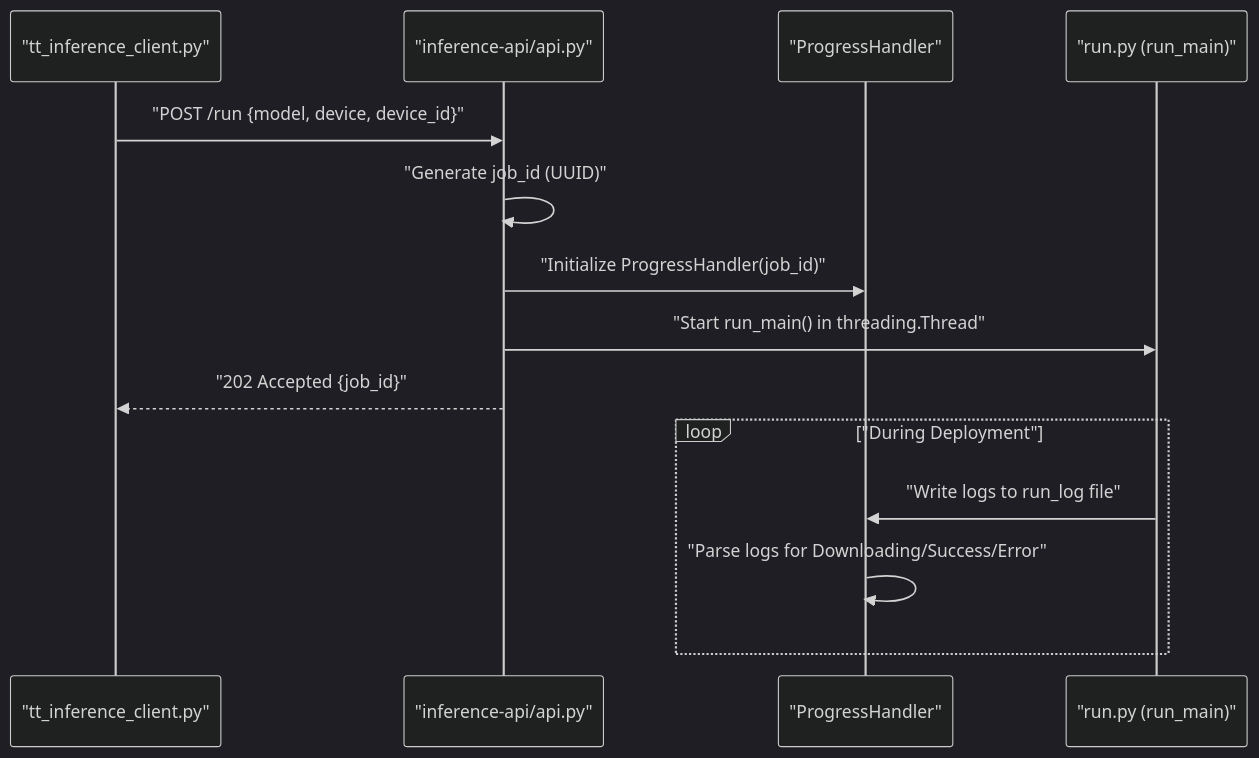
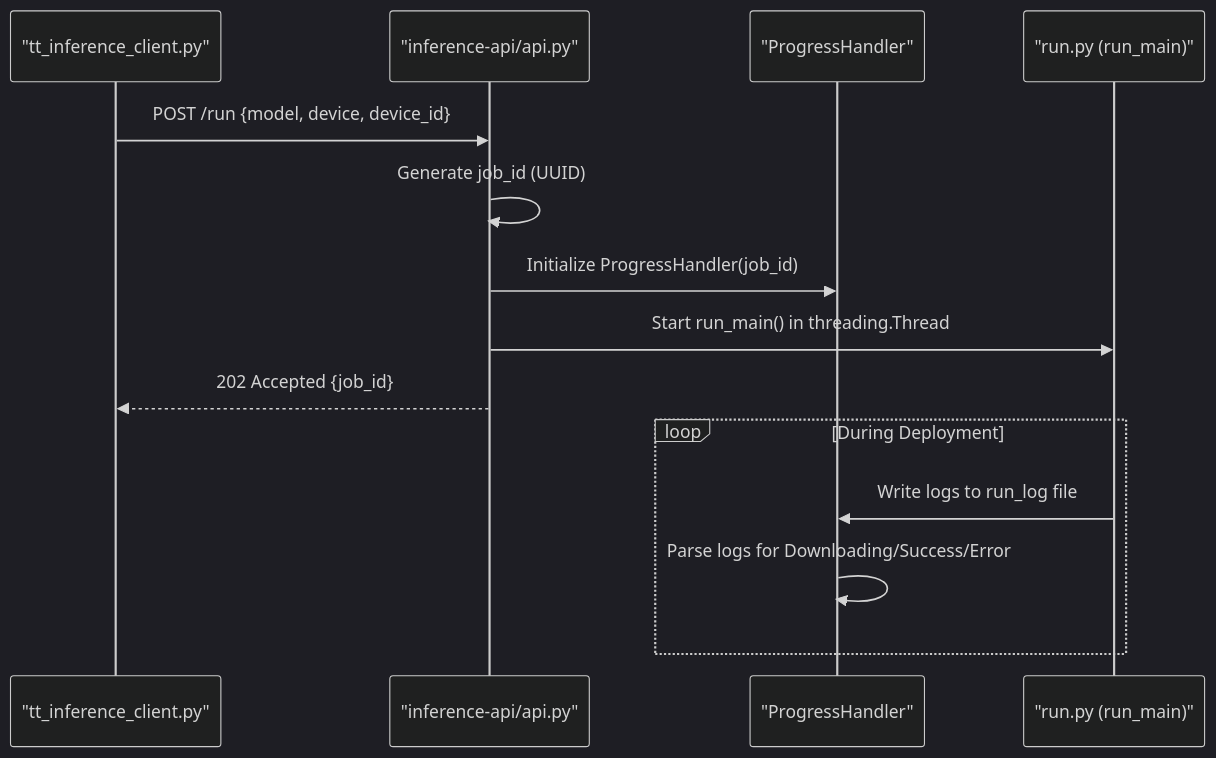
One commit to tenstorrent/tt-studio changed the first of 2 diagrams in docs/docker-control-service/inference-api.md. Above: the diagram before and after it, drawn with Mermaid (dark theme). The commit also changed 12 other files, not shown here.

First line of the commit message:
Fix mermaid rendering and source links in docs

````diff
--- a/docs/docker-control-service/inference-api.md
+++ b/docs/docker-control-service/inference-api.md
@@ -45,18 +45,17 @@
 ```mermaid
 sequenceDiagram
     participant B as "tt_inference_client.py"
     participant A as "inference-api/api.py"
     participant PH as "ProgressHandler"
     participant IS as "run.py (run_main)"
 
-    B->>A: "POST /run {model, device, device_id}"
-    A->>A: "Generate job_id (UUID)"
-    A->>PH: "Initialize ProgressHandler(job_id)"
-    A->>IS: "Start run_main() in threading.Thread"
-    A-->>B: "202 Accepted {job_id}"
-    
-    loop "During Deployment"
-        IS->>PH: "Write logs to run_log file"
-        PH->>PH: "Parse logs for Downloading/Success/Error"
+    B->>A: POST /run {model, device, device_id}
+    A->>A: Generate job_id (UUID)
+    A->>PH: Initialize ProgressHandler(job_id)
+    A->>IS: Start run_main() in threading.Thread
+    A-->>B: 202 Accepted {job_id}
+    loop During Deployment
+        IS->>PH: Write logs to run_log file
+        PH->>PH: Parse logs for Downloading/Success/Error
     end
 ```
````
